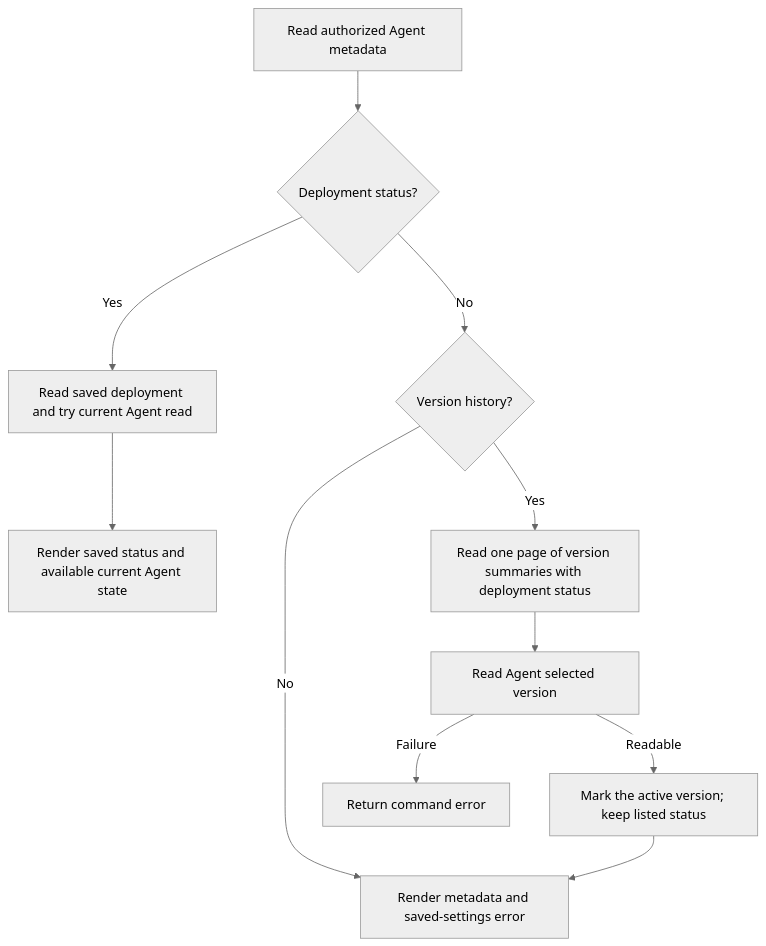
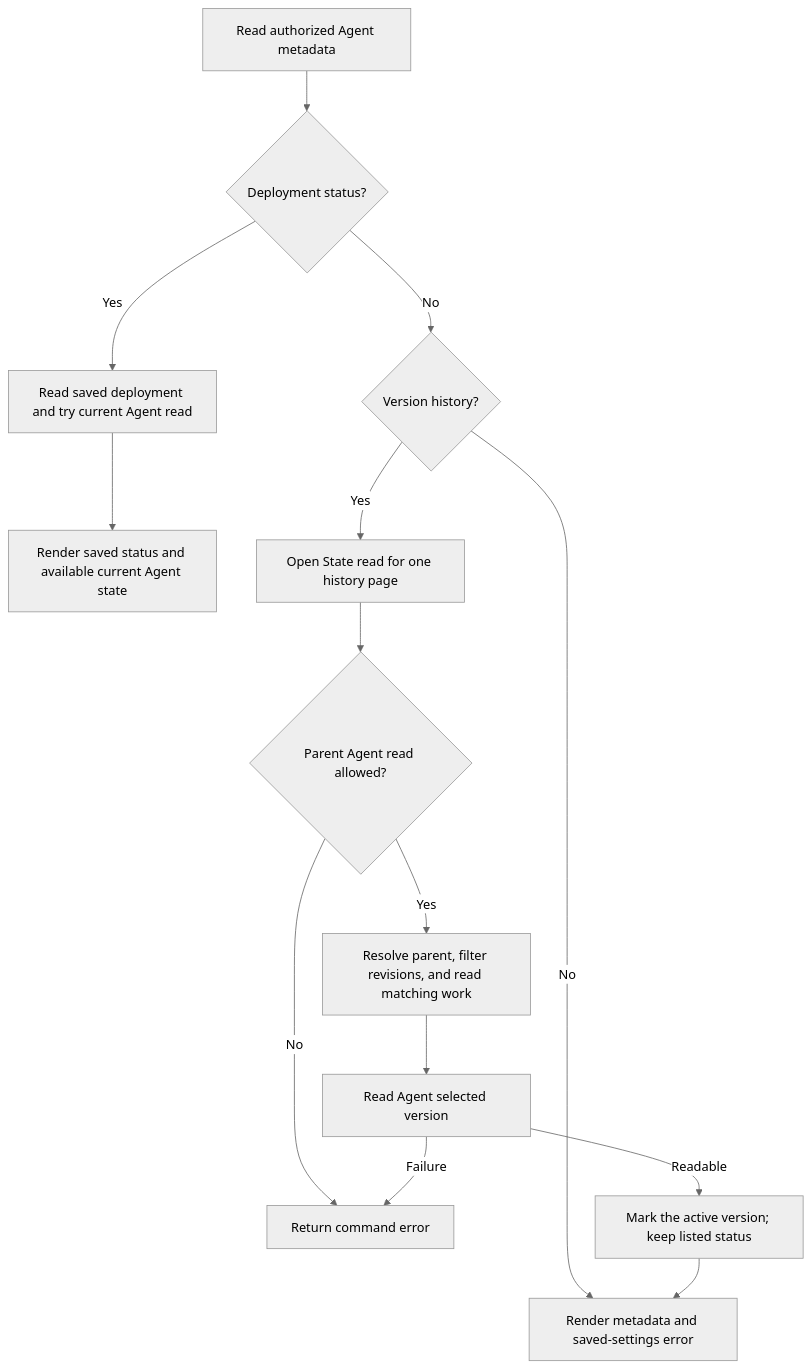
One commit to openclaw/openclaw-enterprise changed the diagram in docs/flows/cli-agent-browsing.md. Above: the diagram before and after it, drawn with Mermaid (neutral theme). The commit also changed other lines of this file and 4 other files, not shown here.

First line of the commit message:
Keep agent revision list authorization in one read

````diff
--- a/docs/flows/cli-agent-browsing.md
+++ b/docs/flows/cli-agent-browsing.md
@@ -38,12 +38,15 @@
 ```mermaid
 graph TD
   A["Read authorized Agent metadata"] --> J{"Deployment status?"}
   J -->|Yes| K["Read saved deployment and try current Agent read"]
   K --> L["Render saved status and available current Agent state"]
   J -->|No| B{"Version history?"}
   B -->|No| F["Render metadata and saved-settings error"]
-  B -->|Yes| C["Read one page of version summaries with deployment status"]
-  C --> D["Read Agent selected version"]
+  B -->|Yes| C["Open State read for one history page"]
+  C --> M{"Parent Agent read allowed?"}
+  M -->|No| H["Return command error"]
+  M -->|Yes| N["Resolve parent, filter revisions, and read matching work"]
+  N --> D["Read Agent selected version"]
   D -->|Readable| E["Mark the active version; keep listed status"] --> F
   D -->|Failure| H["Return command error"]
 ```
````
